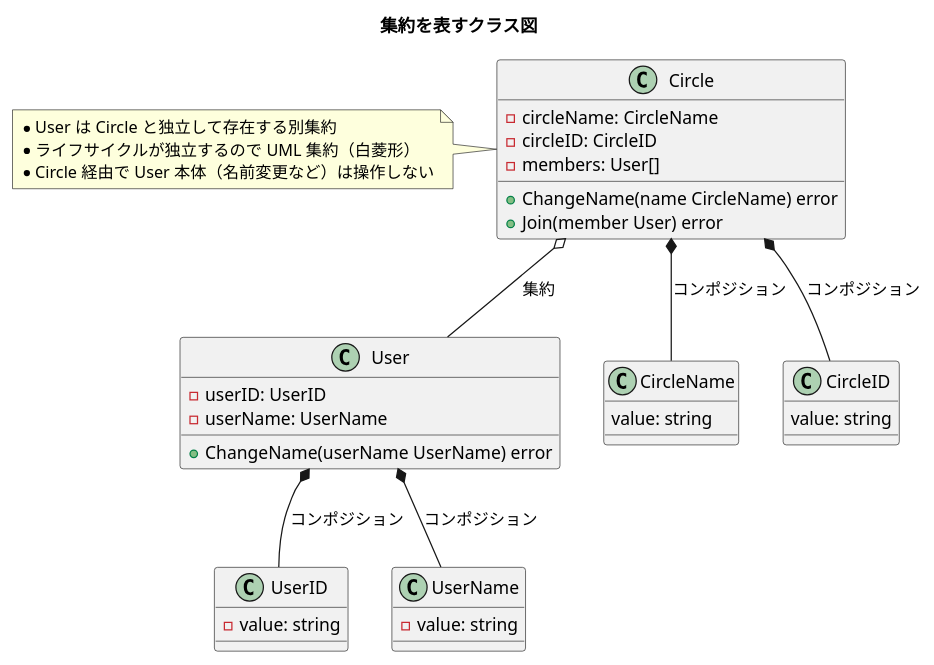
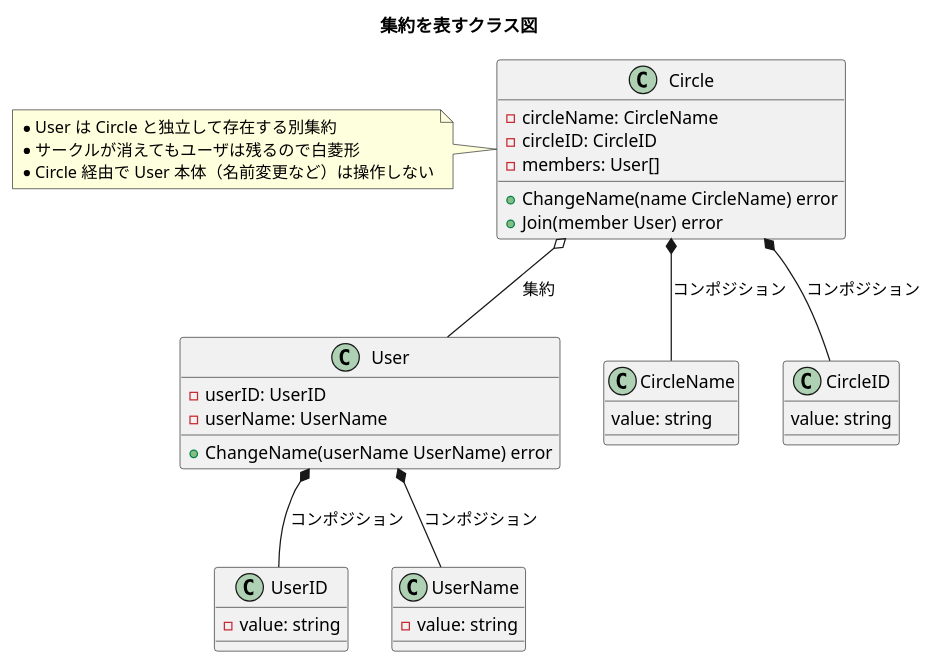
Before and after one commit to Yuki-TU/ddd: the diagram in diagrams/ch12-aggregate-circle.puml, drawn with PlantUML. The commit also changed 1 other file, not shown here.

Commit message:
12章から UML と DDD の対比を外し、集約とコンポジションを一本の説明にする。

```diff
--- a/diagrams/ch12-aggregate-circle.puml
+++ b/diagrams/ch12-aggregate-circle.puml
@@ -1,46 +1,46 @@
 @startuml
 title 集約を表すクラス図
 
 class User {
   - userID: UserID
   - userName: UserName
   + ChangeName(userName UserName) error
 }
 
 class UserID {
   - value: string
 }
 ' note bottom
 ' 集約境界内オブジェクト
 ' endnote
 
 class UserName {
   - value: string
 }
 class Circle {
   - circleName: CircleName
   - circleID: CircleID
   - members: User[]
   + ChangeName(name CircleName) error
   + Join(member User) error
 }
 
 note left
 * User は Circle と独立して存在する別集約
-* ライフサイクルが独立するので UML 集約（白菱形）
+* サークルが消えてもユーザは残るので白菱形
 * Circle 経由で User 本体（名前変更など）は操作しない
 endnote
 
 class CircleName {
   value: string
 }
 class CircleID {
   value: string
 }
 
 User *-- UserID: コンポジション
 User *-- UserName: コンポジション
 Circle *-- CircleID: コンポジション
 Circle *-- CircleName: コンポジション
 Circle o-- User: 集約
 @enduml
```
